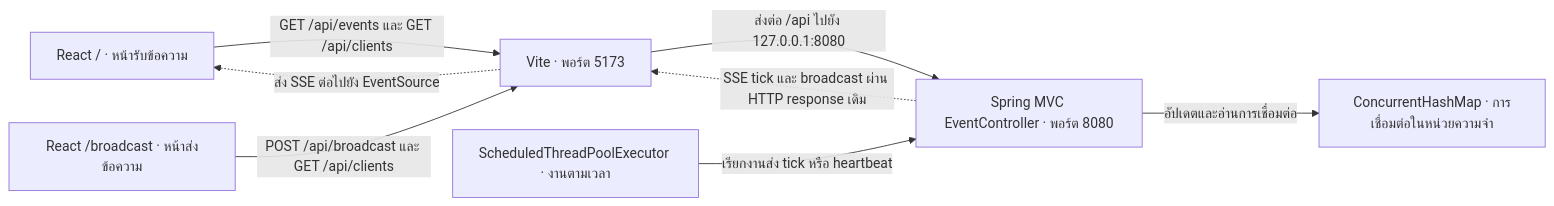
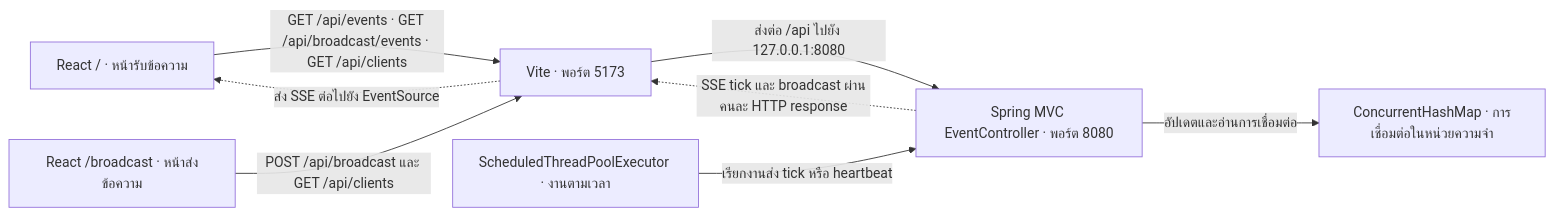
One commit to chiwa/spring-boot-sse-demo changed the first of 4 diagrams in README.md. Above: the diagram before and after it, drawn with Mermaid. The commit also changed other lines of this file and 3 other files, not shown here.

Commit message:
Separate timed and broadcast SSE sessions

````diff
--- a/README.md
+++ b/README.md
@@ -51,17 +51,17 @@
 ```mermaid
 flowchart LR
     R["React / · หน้ารับข้อความ"]
     B["React /broadcast · หน้าส่งข้อความ"]
     V["Vite · พอร์ต 5173"]
     C["Spring MVC EventController · พอร์ต 8080"]
     M["ConcurrentHashMap · การเชื่อมต่อในหน่วยความจำ"]
     S["ScheduledThreadPoolExecutor · งานตามเวลา"]
 
-    R -->|"GET /api/events และ GET /api/clients"| V
+    R -->|"GET /api/events · GET /api/broadcast/events · GET /api/clients"| V
     B -->|"POST /api/broadcast และ GET /api/clients"| V
     V -->|"ส่งต่อ /api ไปยัง 127.0.0.1:8080"| C
     C -->|"อัปเดตและอ่านการเชื่อมต่อ"| M
     S -->|"เรียกงานส่ง tick หรือ heartbeat"| C
-    C -.->|"SSE tick และ broadcast ผ่าน HTTP response เดิม"| V
+    C -.->|"SSE tick และ broadcast ผ่านคนละ HTTP response"| V
     V -.->|"ส่ง SSE ต่อไปยัง EventSource"| R
 ```
````
